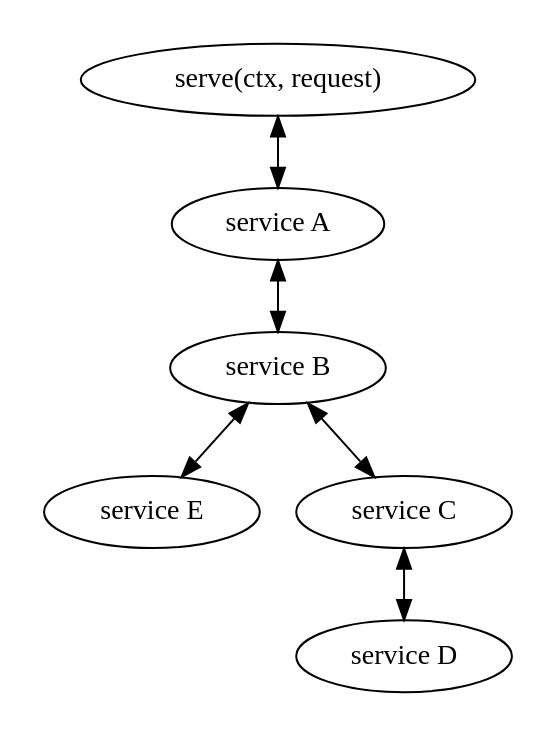
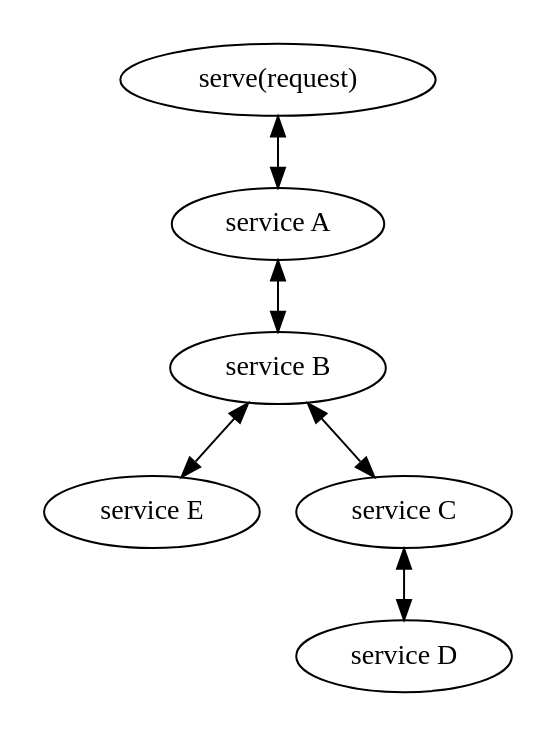
Before and after one commit to plabayo/rama: the diagram in docs/book/src/intro/service_stack.md, drawn with Graphviz. The commit also changed 246 other files, not shown here.

````diff
--- a/docs/book/src/intro/service_stack.md
+++ b/docs/book/src/intro/service_stack.md
@@ -20,10 +20,10 @@
 ```dot process
 digraph {
     pad=0.2;
-    "serve(ctx, request)" -> "service A" [dir=both]
+    "serve(request)" -> "service A" [dir=both]
     "service A" -> "service B" [dir=both]
     "service B" -> "service E" [dir=both]
     "service B" -> "service C" [dir=both]
     "service C" -> "service D" [dir=both]
 }
 ```
````
